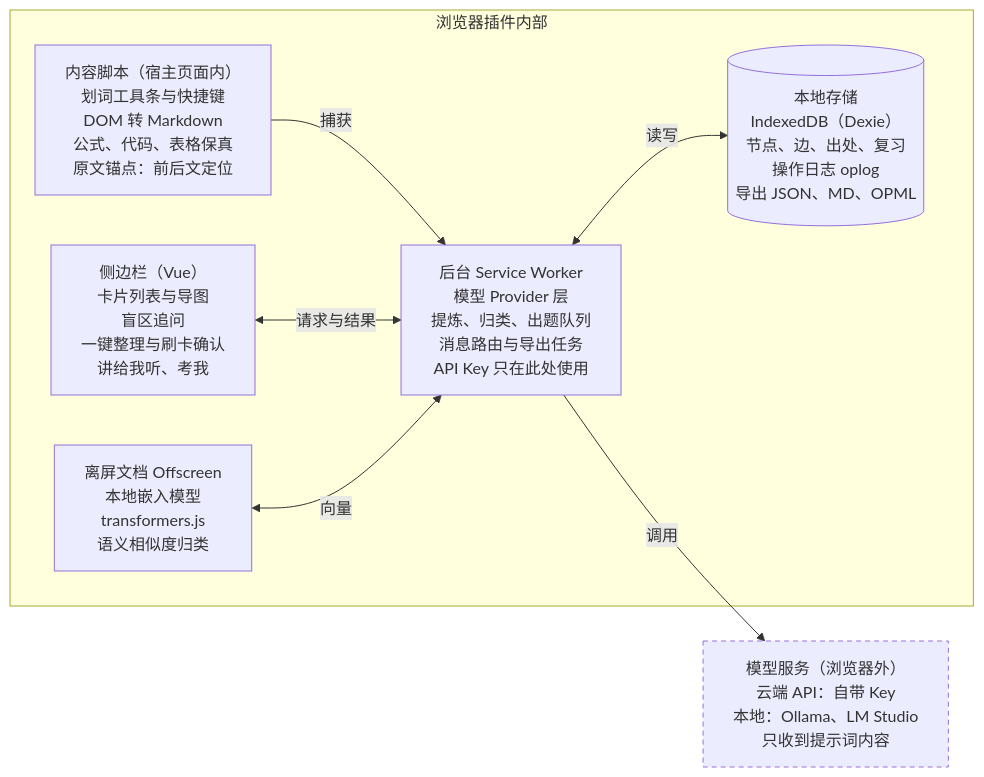
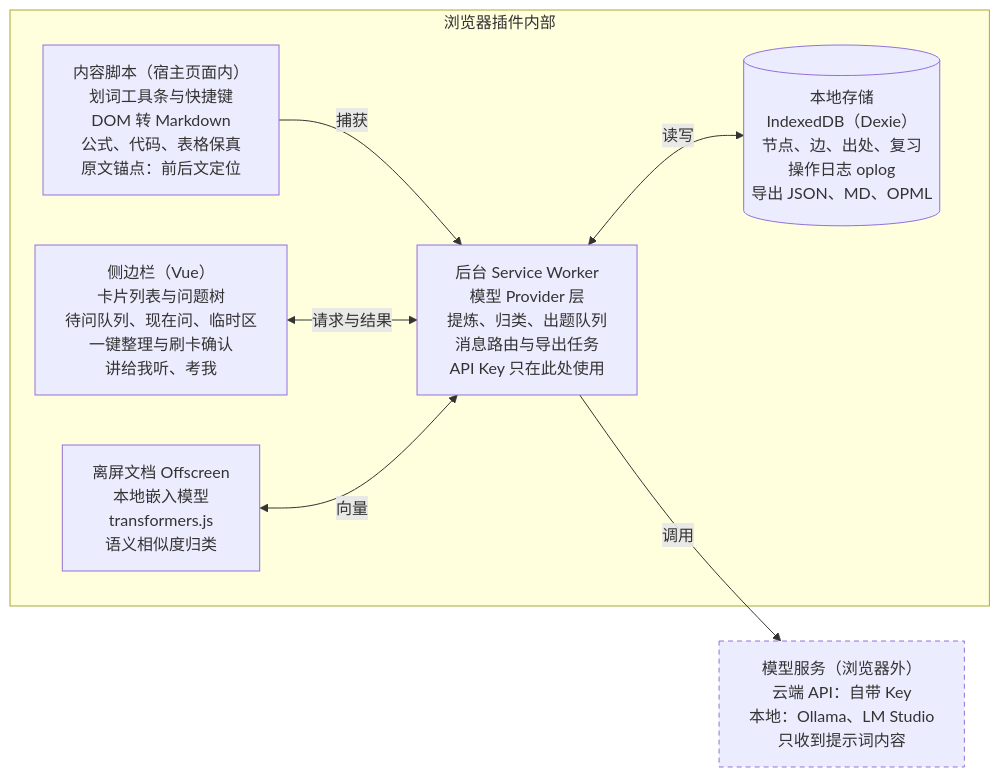
Before and after one commit to shaowenfu/Chat2Know: the diagram in docs/project-plan.md, drawn with Mermaid. The commit also changed other lines of this file and 1 other file, not shown here.

````diff
--- a/docs/project-plan.md
+++ b/docs/project-plan.md
@@ -106,17 +185,17 @@
 ```mermaid
 flowchart LR
   subgraph Browser["浏览器插件内部"]
     CS["内容脚本（宿主页面内）<br/>划词工具条与快捷键<br/>DOM 转 Markdown<br/>公式、代码、表格保真<br/>原文锚点：前后文定位"]
     BG["后台 Service Worker<br/>模型 Provider 层<br/>提炼、归类、出题队列<br/>消息路由与导出任务<br/>API Key 只在此处使用"]
-    SP["侧边栏（Vue）<br/>卡片列表与导图<br/>盲区追问<br/>一键整理与刷卡确认<br/>讲给我听、考我"]
+    SP["侧边栏（Vue）<br/>卡片列表与问题树<br/>待问队列、现在问、临时区<br/>一键整理与刷卡确认<br/>讲给我听、考我"]
     ST[("本地存储<br/>IndexedDB（Dexie）<br/>节点、边、出处、复习<br/>操作日志 oplog<br/>导出 JSON、MD、OPML")]
     OS["离屏文档 Offscreen<br/>本地嵌入模型<br/>transformers.js<br/>语义相似度归类"]
   end
   MS["模型服务（浏览器外）<br/>云端 API：自带 Key<br/>本地：Ollama、LM Studio<br/>只收到提示词内容"]
   CS -- 捕获 --> BG
   BG -- 调用 --> MS
   BG <-- 读写 --> ST
   SP <-- 请求与结果 --> BG
   OS <-- 向量 --> BG
   style MS stroke-dasharray: 5 4
 ```
````
